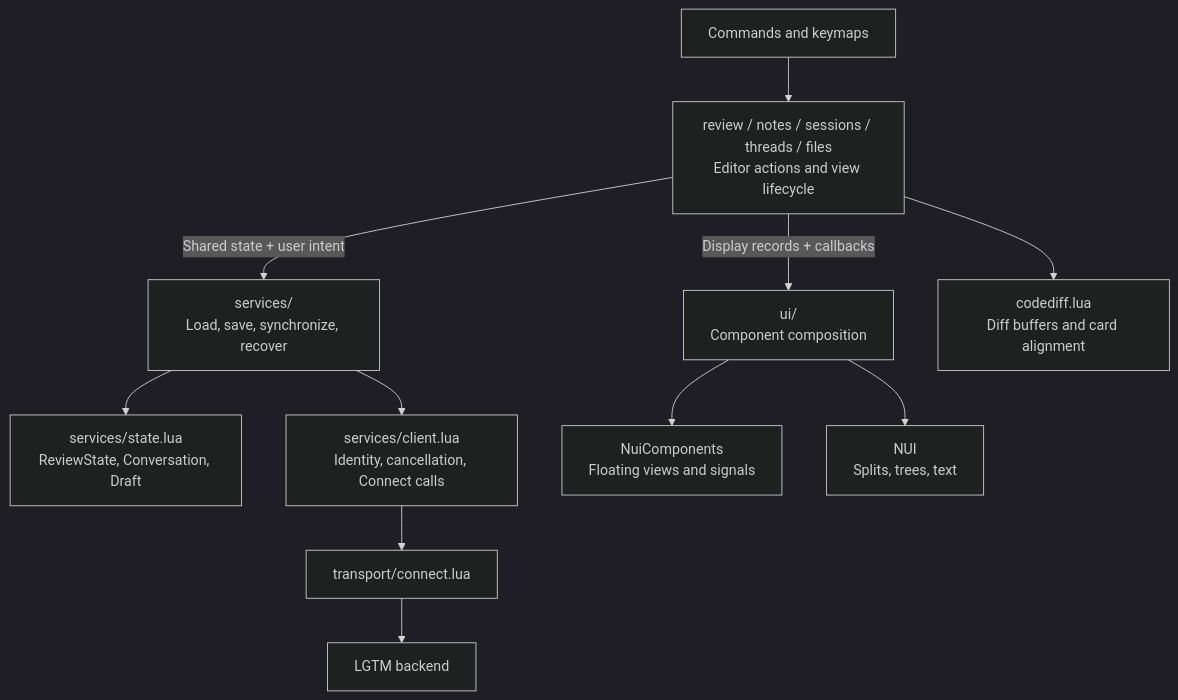
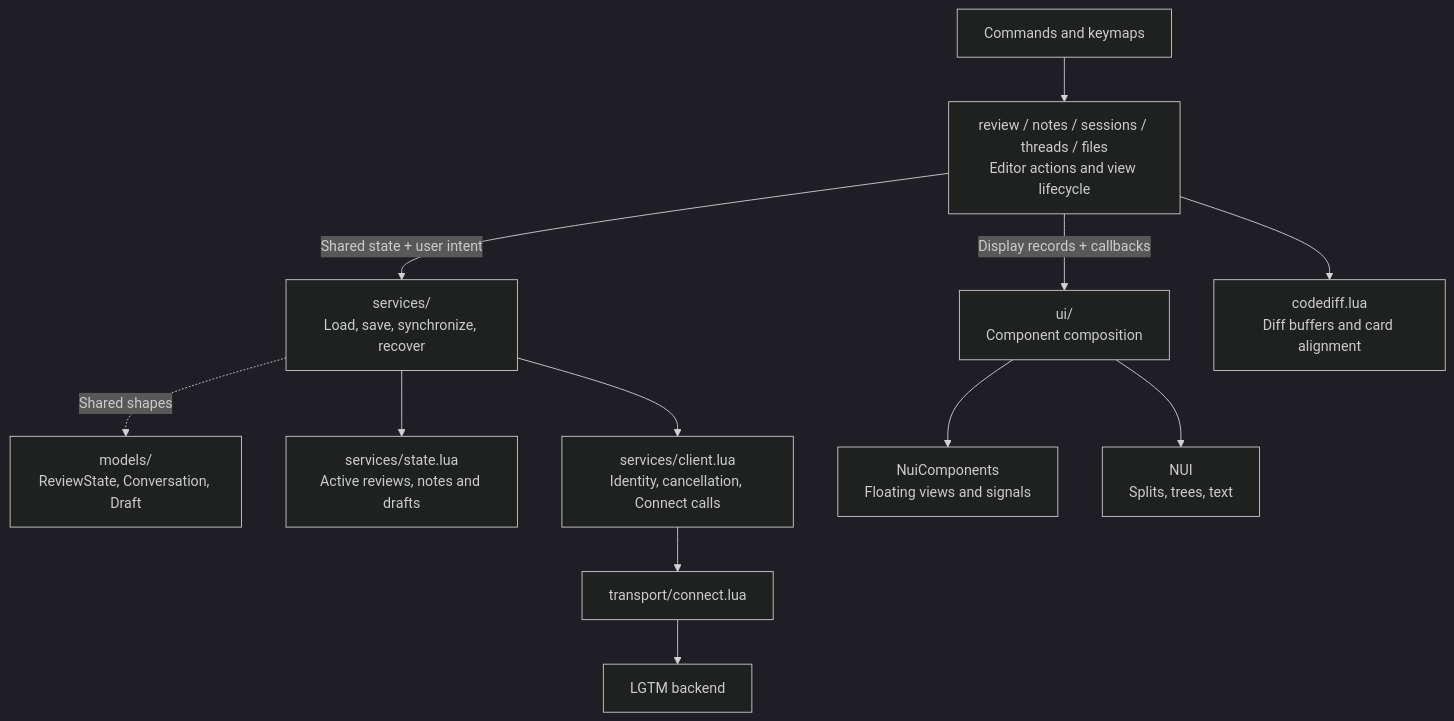
One commit to difflab-io/lgtm changed the first of 4 diagrams in docs/architecture/lgtm.nvim/index.md. Above: the diagram before and after it, drawn with Mermaid (dark theme). The commit also changed other lines of this file and 34 other files, not shown here.

Commit message:
refactor(nvim): address model, test and architecture review

````diff
--- a/docs/architecture/lgtm.nvim/index.md
+++ b/docs/architecture/lgtm.nvim/index.md
@@ -54,13 +54,14 @@
 ```mermaid
 flowchart TD
   Entry["Commands and keymaps"] --> Controllers["review / notes / sessions / threads / files<br/>Editor actions and view lifecycle"]
   Controllers -->|"Shared state + user intent"| Services["services/<br/>Load, save, synchronize, recover"]
-  Services --> Store["services/state.lua<br/>ReviewState, Conversation, Draft"]
+  Services -.->|"Shared shapes"| Models["models/<br/>ReviewState, Conversation, Draft"]
+  Services --> Store["services/state.lua<br/>Active reviews, notes and drafts"]
   Services --> Client["services/client.lua<br/>Identity, cancellation, Connect calls"]
   Client --> Transport["transport/connect.lua"]
   Transport --> Backend["LGTM backend"]
   Controllers -->|"Display records + callbacks"| Views["ui/<br/>Component composition"]
   Views --> NC["NuiComponents<br/>Floating views and signals"]
   Views --> NUI["NUI<br/>Splits, trees, text"]
   Controllers --> Diff["codediff.lua<br/>Diff buffers and card alignment"]
 ```
````
